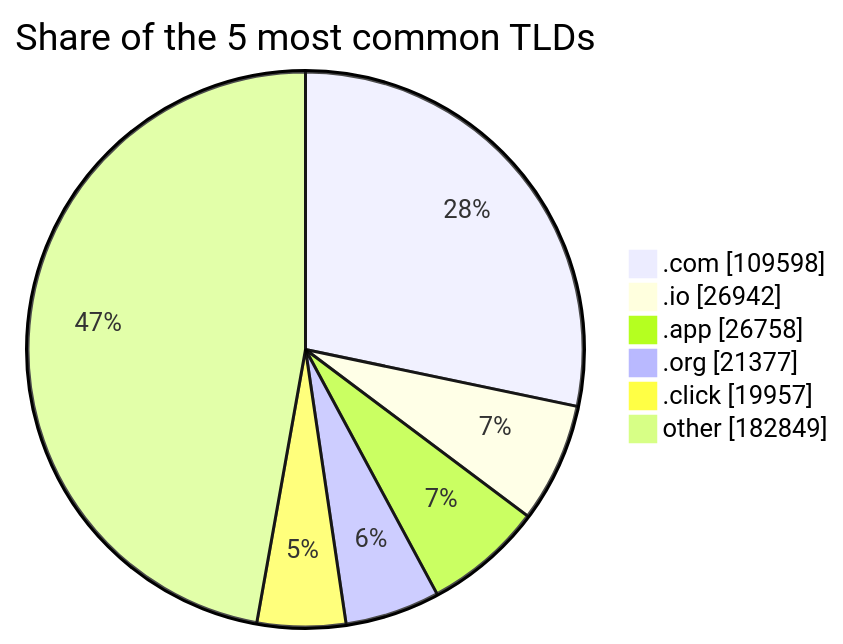
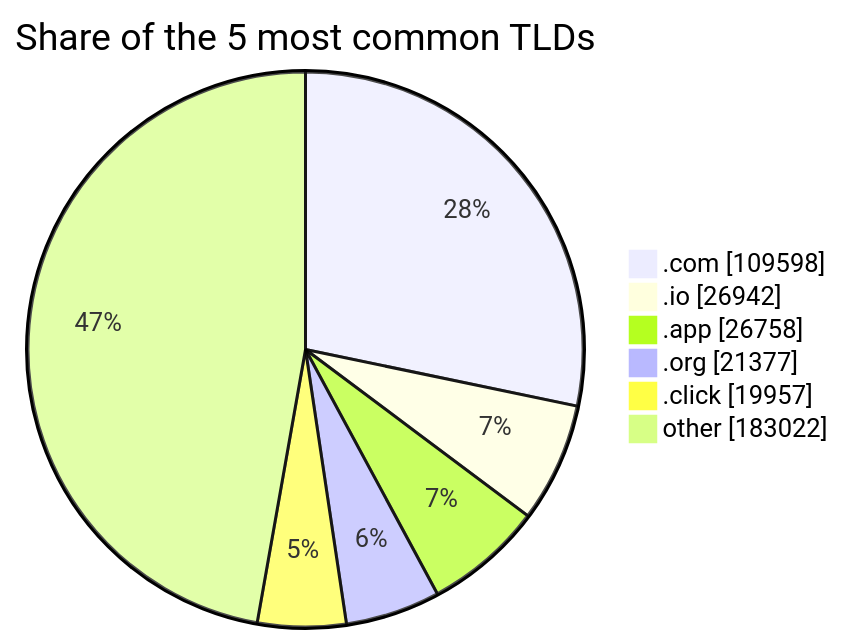
One commit to DNSBunker/CTI changed the third of 3 diagrams in README.md. Above: the diagram before and after it, drawn with Mermaid. The commit also changed other lines of this file and 3 other files, not shown here.

````diff
--- a/README.md
+++ b/README.md
@@ -81,9 +81,9 @@
 ```mermaid
 pie showData title Share of the 5 most common TLDs
     ".com" : 109598
     ".io" : 26942
     ".app" : 26758
     ".org" : 21377
     ".click" : 19957
-    "other" : 182849
+    "other" : 183022
 ```
````
